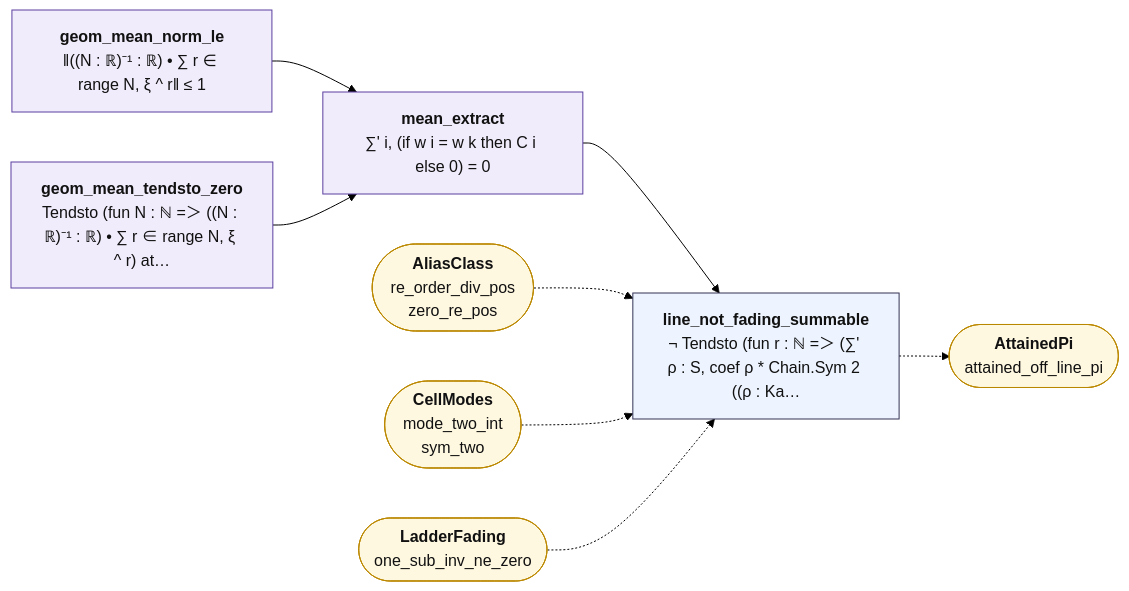
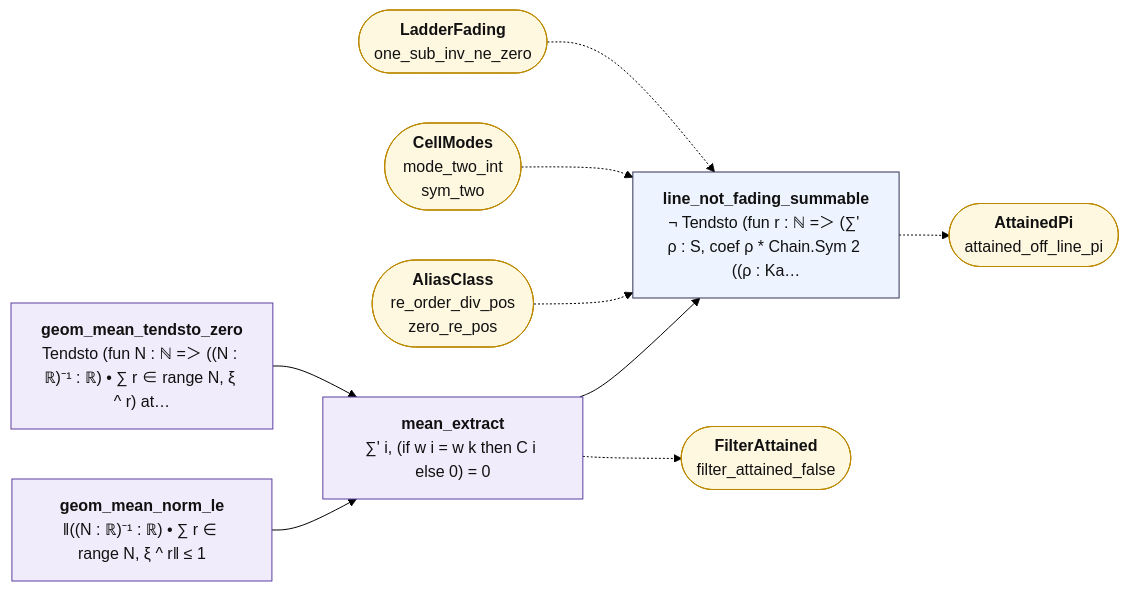
Before and after one commit to juliansambranojr/Primebeat_081426: the diagram in map/lean_stage3/LadderMean.mmd, drawn with Mermaid (forest theme). The commit also changed 36 other files, not shown here.

First line of the commit message:
Block S2: a rate attained under some filter contradicts the ladder bound (unit 0467)

```diff
--- a/map/lean_stage3/LadderMean.mmd
+++ b/map/lean_stage3/LadderMean.mmd
@@ -1,24 +1,26 @@
 flowchart LR
   n0["<b>geom_mean_norm_le</b><br/>‖((N : ℝ)⁻¹ : ℝ) • ∑ r ∈ range N, ξ ^ r‖ ≤ 1"]:::shp
   n1["<b>geom_mean_tendsto_zero</b><br/>Tendsto (fun N : ℕ =＞ ((N : ℝ)⁻¹ : ℝ) • ∑ r ∈ range N, ξ ^ r) at…"]:::shp
   n2["<b>mean_extract</b><br/>∑' i, (if w i = w k then C i else 0) = 0"]:::shp
   n3["<b>line_not_fading_summable</b><br/>¬ Tendsto (fun r : ℕ =＞ (∑' ρ : S, coef ρ * Chain.Sym 2 ((ρ : Ka…"]:::thm
-  x0(["<b>AliasClass</b><br/>re_order_div_pos<br/>zero_re_pos"]):::ext
-  x1(["<b>CellModes</b><br/>mode_two_int<br/>sym_two"]):::ext
-  x2(["<b>LadderFading</b><br/>one_sub_inv_ne_zero"]):::ext
-  x3(["<b>AttainedPi</b><br/>attained_off_line_pi"]):::ext
+  x0(["<b>FilterAttained</b><br/>filter_attained_false"]):::ext
+  x1(["<b>AliasClass</b><br/>re_order_div_pos<br/>zero_re_pos"]):::ext
+  x2(["<b>CellModes</b><br/>mode_two_int<br/>sym_two"]):::ext
+  x3(["<b>LadderFading</b><br/>one_sub_inv_ne_zero"]):::ext
+  x4(["<b>AttainedPi</b><br/>attained_off_line_pi"]):::ext
   n0 --> n2
   n1 --> n2
   n2 --> n3
-  n3 -.-> x3
-  x0 -.-> n3
+  n2 -.-> x0
+  n3 -.-> x4
   x1 -.-> n3
   x2 -.-> n3
+  x3 -.-> n3
   classDef cnt fill:#dff5ec,stroke:#17694a,color:#111
   classDef shp fill:#f1ecfb,stroke:#5b3fa0,color:#111
   classDef rh fill:#ffe5e5,stroke:#c22,color:#111,stroke-width:2px
   classDef thm fill:#eef4ff,stroke:#335,color:#111
   classDef end_ fill:#e7f7e7,stroke:#2a7,color:#111,stroke-width:2px
   classDef lone fill:#fff,stroke:#999,color:#111,stroke-dasharray:4 3
   classDef bad fill:#ffe5e5,stroke:#c22,color:#111,stroke-width:2px
   classDef ext fill:#fff8e1,stroke:#b80,color:#111
```
